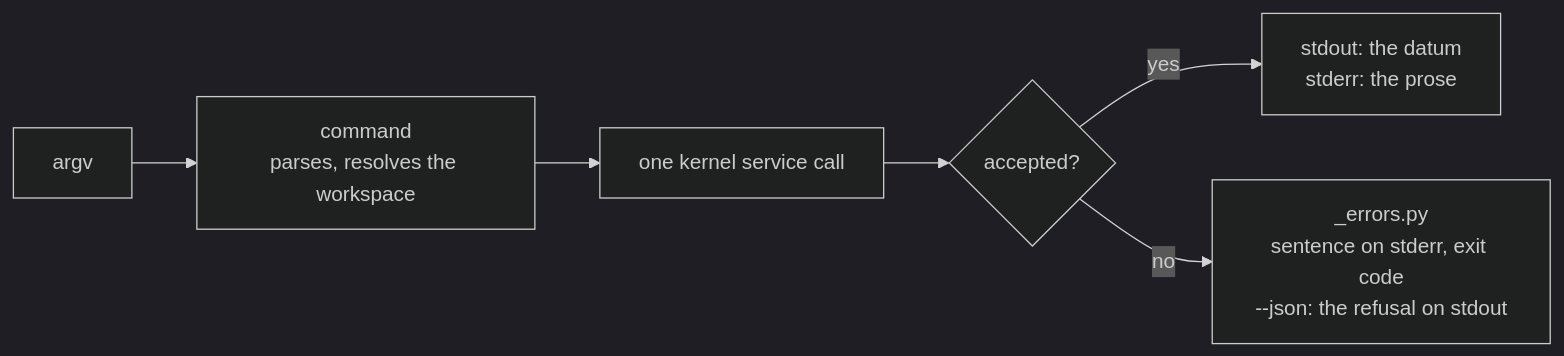
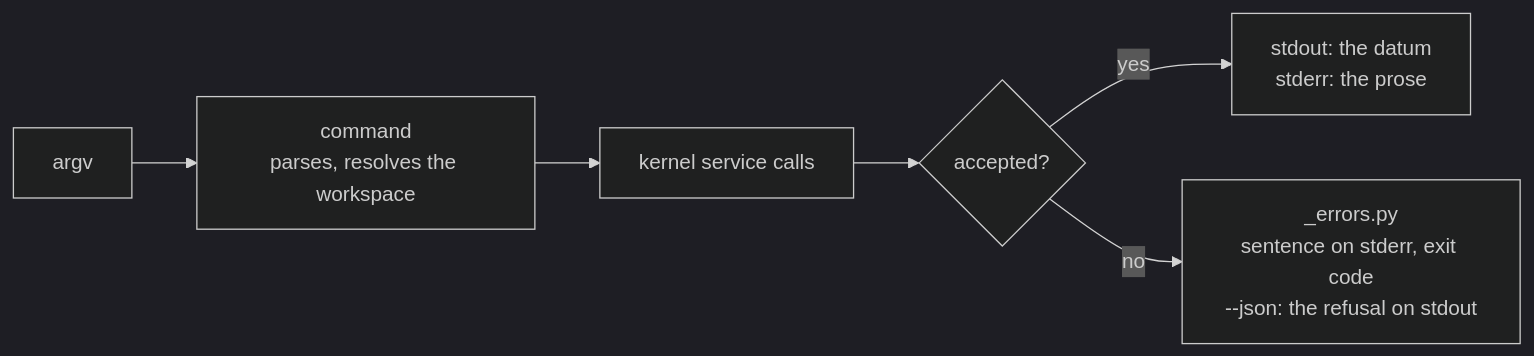
Before and after one commit to Robomous/VisionSet: the diagram in docs/content/architecture/backend/cli.md, drawn with Mermaid (dark theme). The commit also changed other lines of this file and 49 other files, not shown here.

````diff
--- a/docs/content/architecture/backend/cli.md
+++ b/docs/content/architecture/backend/cli.md
@@ -10,8 +11,8 @@
 ```mermaid
 flowchart LR
     Argv["argv"] --> Cmd["command\nparses, resolves the workspace"]
-    Cmd --> Svc["one kernel service call"]
+    Cmd --> Svc["kernel service calls"]
     Svc --> Ok{"accepted?"}
     Ok -->|yes| Out["stdout: the datum\nstderr: the prose"]
     Ok -->|no| Err["_errors.py\nsentence on stderr, exit code\n--json: the refusal on stdout"]
 ```
````
